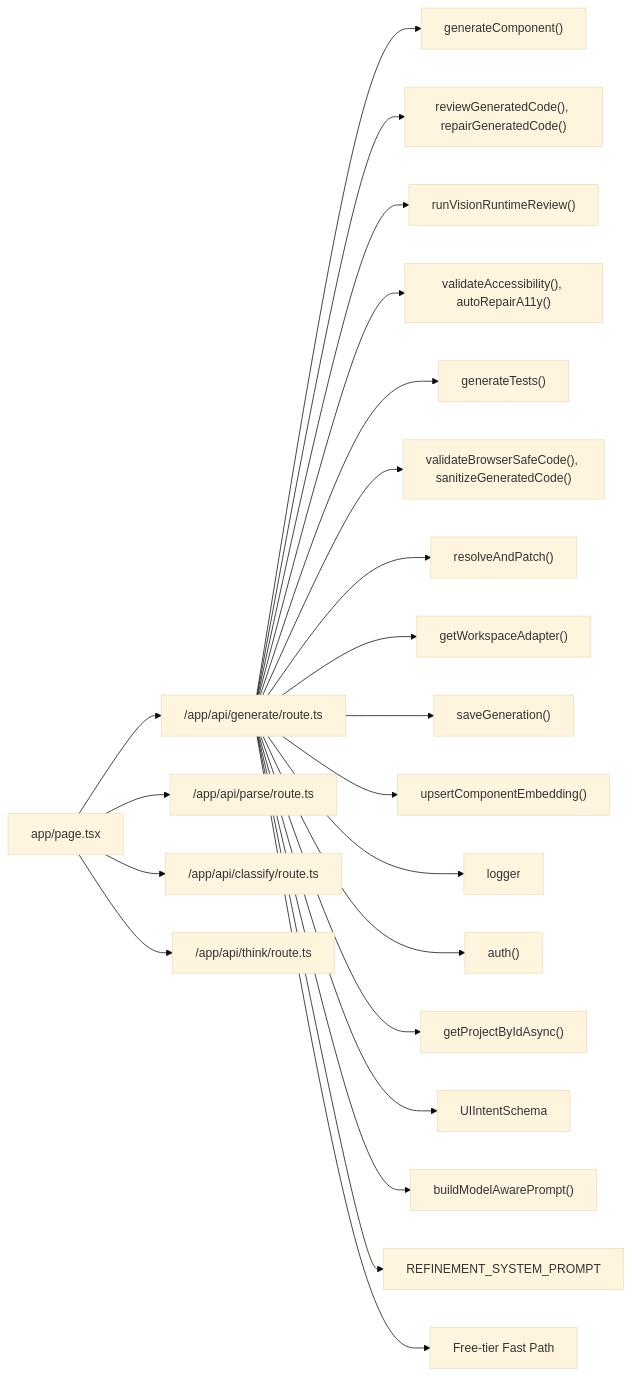
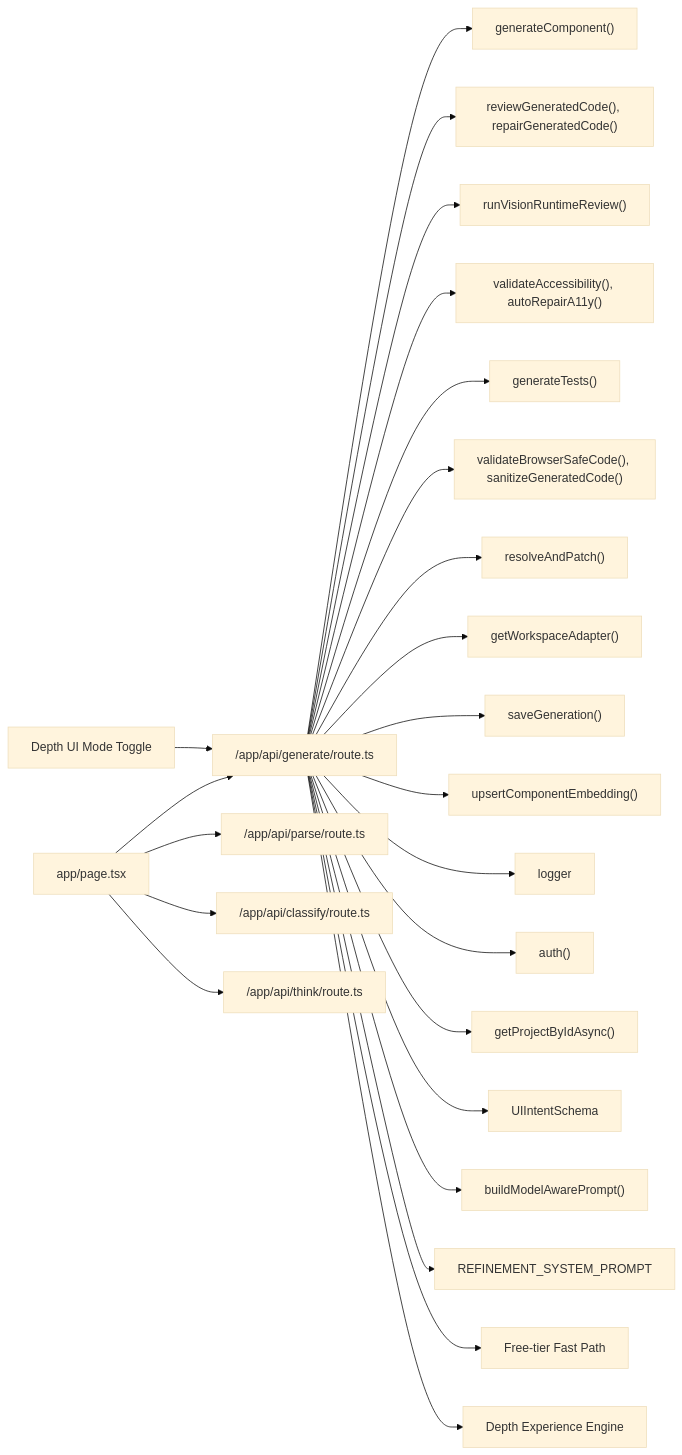
Before and after one commit to shekhargiri005-dotcom/AI-powered-accessibility-first-UI-engine: the fourth of 4 diagrams in .qoder/repowiki/en/content/AI Generation Engine/Core Generation Pipeline/Core Generation Pipeline.md, drawn with Mermaid (base theme). The commit also changed other lines of this file and 6 other files, not shown here.

````diff
--- a/.qoder/repowiki/en/content/AI Generation Engine/Core Generation Pipeline/Core Generation Pipeline.md
+++ b/.qoder/repowiki/en/content/AI Generation Engine/Core Generation Pipeline/Core Generation Pipeline.md
@@ -359,24 +419,26 @@
 ```mermaid
 graph LR
 Route["/app/api/generate/route.ts"] --> GenComp["generateComponent()"]
 Route --> Review["reviewGeneratedCode(), repairGeneratedCode()"]
 Route --> Vision["runVisionRuntimeReview()"]
 Route --> A11y["validateAccessibility(), autoRepairA11y()"]
 Route --> Tests["generateTests()"]
 Route --> Security["validateBrowserSafeCode(), sanitizeGeneratedCode()"]
 Route --> DepRes["resolveAndPatch()"]
 Route --> Adapter["getWorkspaceAdapter()"]
 Route --> Memory["saveGeneration()"]
 Route --> Embed["upsertComponentEmbedding()"]
 Route --> Logger["logger"]
 Route --> Auth["auth()"]
 Route --> RefContext["getProjectByIdAsync()"]
 Route --> Schema["UIIntentSchema"]
 Route --> Prompt["buildModelAwarePrompt()"]
 Route --> RefPrompt["REFINEMENT_SYSTEM_PROMPT"]
 Route --> FreeTier["Free-tier Fast Path"]
+Route --> DepthEngine["Depth Experience Engine"]
 Page["app/page.tsx"] --> Route
 Page --> Parse["/app/api/parse/route.ts"]
 Page --> Classify["/app/api/classify/route.ts"]
 Page --> Think["/app/api/think/route.ts"]
+DepthToggle["Depth UI Mode Toggle"] --> Route
 ```
````
